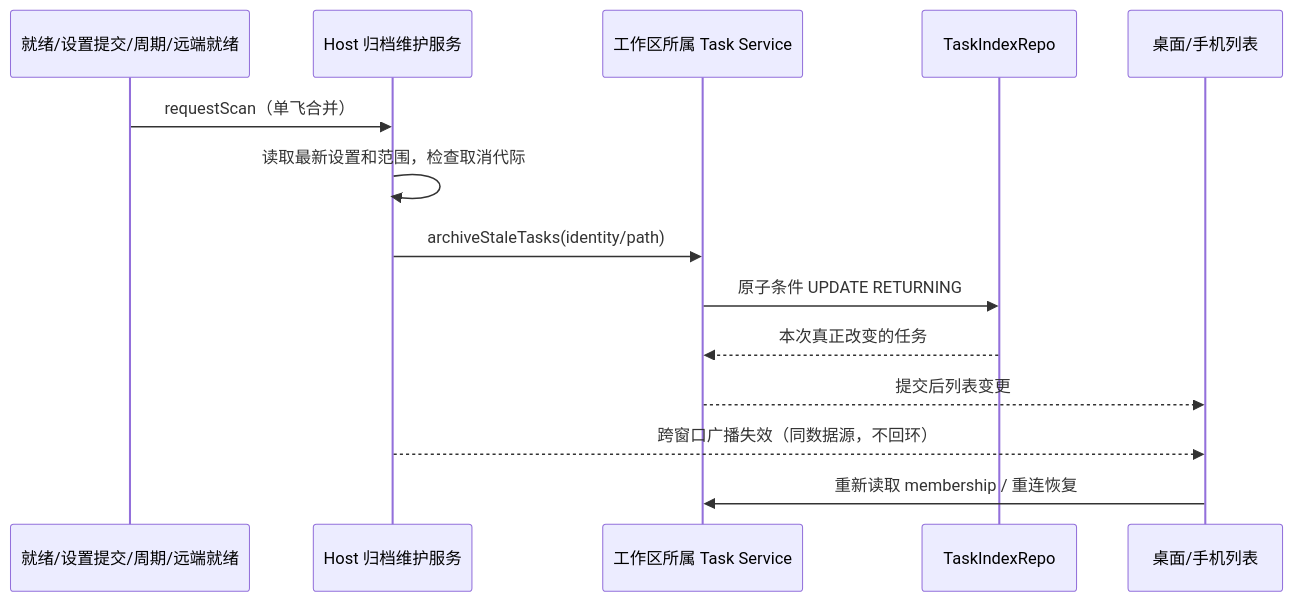
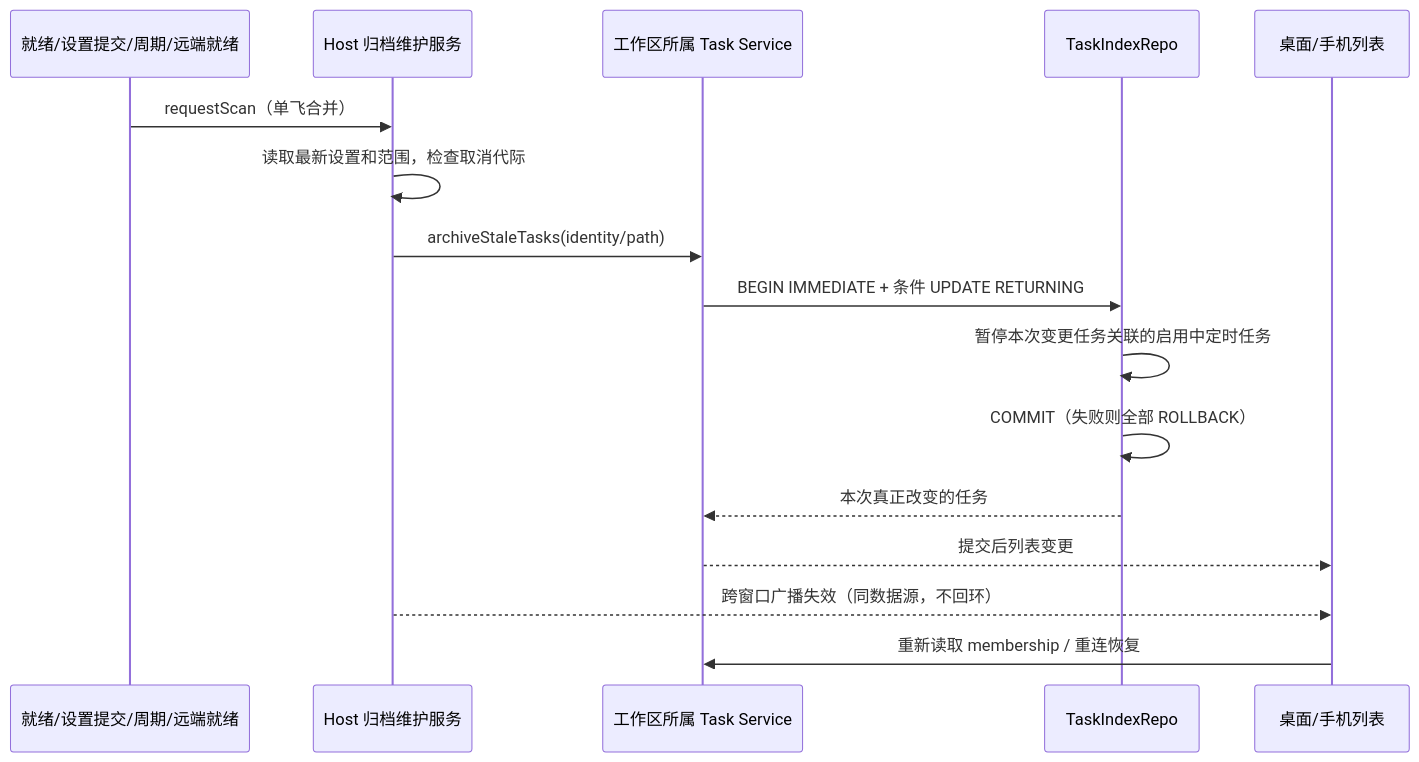
One commit to No-ni/ZCodium changed the diagram in docs/specs/task-auto-archive.md. Above: the diagram before and after it, drawn with Mermaid. The commit also changed other lines of this file and 23 other files, not shown here.

````diff
--- a/docs/specs/task-auto-archive.md
+++ b/docs/specs/task-auto-archive.md
@@ -29,16 +30,18 @@
 ```mermaid
 sequenceDiagram
     participant Trigger as 就绪/设置提交/周期/远端就绪
     participant M as Host 归档维护服务
     participant R as 工作区所属 Task Service
     participant DB as TaskIndexRepo
     participant UI as 桌面/手机列表
     Trigger->>M: requestScan（单飞合并）
     M->>M: 读取最新设置和范围，检查取消代际
     M->>R: archiveStaleTasks(identity/path)
-    R->>DB: 原子条件 UPDATE RETURNING
+    R->>DB: BEGIN IMMEDIATE + 条件 UPDATE RETURNING
+    DB->>DB: 暂停本次变更任务关联的启用中定时任务
+    DB->>DB: COMMIT（失败则全部 ROLLBACK）
     DB-->>R: 本次真正改变的任务
     R-->>UI: 提交后列表变更
     M-->>UI: 跨窗口广播失效（同数据源，不回环）
     UI->>R: 重新读取 membership / 重连恢复
 ```
````
